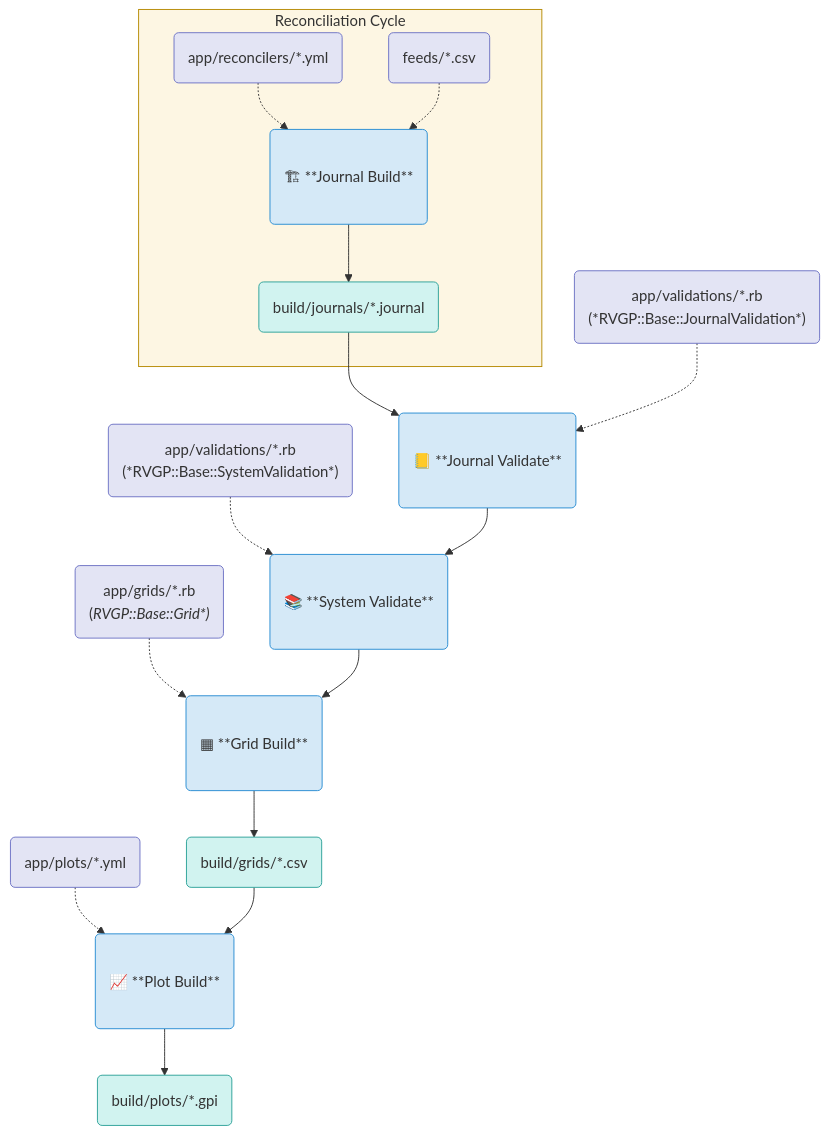
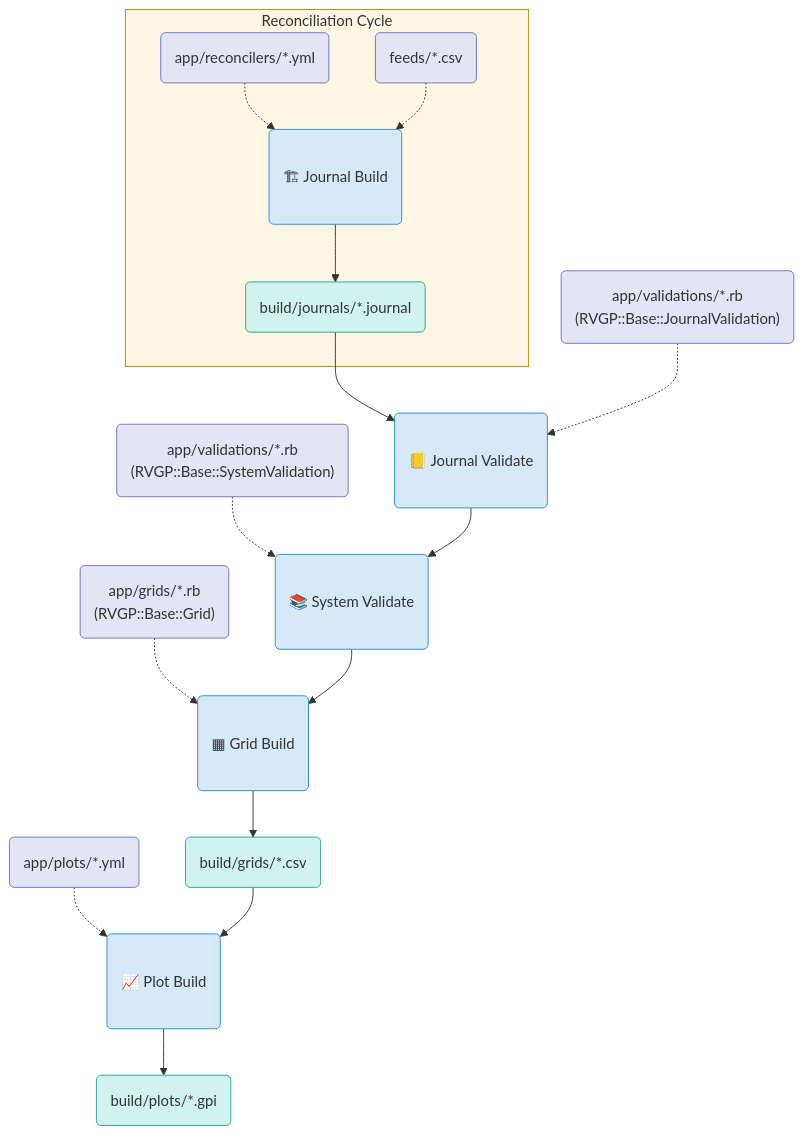
One commit to brighton36/rvgp changed the diagram in README.md. Above: the diagram before and after it, drawn with Mermaid. The commit also changed 3 other files, not shown here.

````diff
--- a/README.md
+++ b/README.md
@@ -167,38 +167,38 @@
 ```mermaid
   graph TD;
     subgraph Reconciliation[Reconciliation Cycle]
-      Reconcilers("app/reconcilers/*.yml").->JournalBuild("<br>🏗 **Journal Build**<br><br>");
+      Reconcilers("app/reconcilers/*.yml").->JournalBuild("<br>🏗 Journal Build<br><br>");
       Feeds("feeds/*.csv").->JournalBuild;
       JournalBuild-->JournalOutput("build/journals/*.journal");
     end
     JournalOutput-->JValidations;
-    JValidationInput("app/validations/*.rb<br>(*RVGP::Base::JournalValidation*)").->JValidations;
-    JValidations("<br>📒 **Journal Validate**<br><br>");
-    SValidationInput("app/validations/*.rb<br>(*RVGP::Base::SystemValidation*)").->SValidations;
-    JValidations-->SValidations("<br>📚 **System Validate**<br><br>");
-    GridInput("app/grids/*.rb<br>(<i>RVGP::Base::Grid*)").->GridBuild("<br>▦ **Grid Build**<br><br>");
+    JValidationInput("app/validations/*.rb<br>(RVGP::Base::JournalValidation)").->JValidations;
+    JValidations("<br>📒 Journal Validate<br><br>");
+    SValidationInput("app/validations/*.rb<br>(RVGP::Base::SystemValidation)").->SValidations;
+    JValidations-->SValidations("<br>📚 System Validate<br><br>");
+    GridInput("app/grids/*.rb<br>(RVGP::Base::Grid)").->GridBuild("<br>▦ Grid Build<br><br>");
     SValidations-->GridBuild;
     GridBuild-->GridOutput("build/grids/*.csv");
-    PlotInput("app/plots/*.yml").->PlotBuild("<br>📈 **Plot Build**<br><br>");
+    PlotInput("app/plots/*.yml").->PlotBuild("<br>📈 Plot Build<br><br>");
     GridOutput-->PlotBuild;
     PlotBuild-->PlotOutput("build/plots/*.gpi");
     
     style Reconciliation fill:#fdf6e3,stroke:#b58900;
 
     style Reconcilers fill:#e3e4f4,stroke:#6c71c4;
     style Feeds fill:#e3e4f4,stroke:#6c71c4;
     style JValidationInput fill:#e3e4f4,stroke:#6c71c4;
     style SValidationInput fill:#e3e4f4,stroke:#6c71c4;
     style GridInput fill:#e3e4f4,stroke:#6c71c4;
     style PlotInput fill:#e3e4f4,stroke:#6c71c4;
     
     style JournalOutput fill:#d1f3f0,stroke:#2aa198;
     style GridOutput fill:#d1f3f0,stroke:#2aa198;
     style PlotOutput fill:#d1f3f0,stroke:#2aa198;
 
     style JournalBuild fill:#d5e9f7,stroke:#268bd2;
     style JValidations fill:#d5e9f7,stroke:#268bd2;
     style SValidations fill:#d5e9f7,stroke:#268bd2;
     style GridBuild fill:#d5e9f7,stroke:#268bd2;
     style PlotBuild fill:#d5e9f7,stroke:#268bd2;
 ```
````
